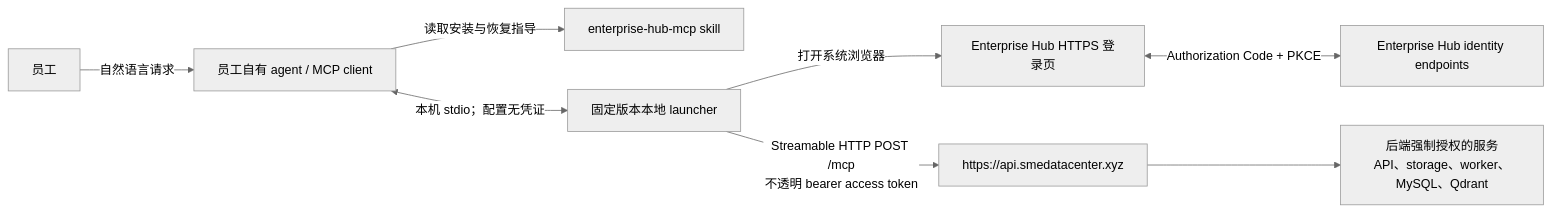
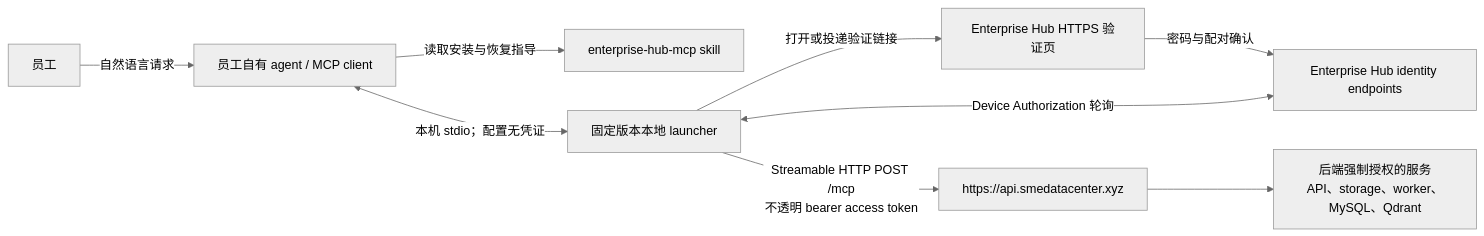
Before and after one commit to YinXiaoyu-1998/SME_DATA_CENTER: the first of 2 diagrams in docs/implementation/mcp-user-flow.zh.md, drawn with Mermaid (neutral theme). The commit also changed other lines of this file and 13 other files, not shown here.

````diff
--- a/docs/implementation/mcp-user-flow.zh.md
+++ b/docs/implementation/mcp-user-flow.zh.md
@@ -16,10 +16,11 @@
 ```mermaid
 flowchart LR
   Employee["员工"] -->|"自然语言请求"| Agent["员工自有 agent / MCP client"]
   Agent -->|"读取安装与恢复指导"| Skill["enterprise-hub-mcp skill"]
   Agent <-->|"本机 stdio；配置无凭证"| Launcher["固定版本本地 launcher"]
-  Launcher -->|"打开系统浏览器"| Browser["Enterprise Hub HTTPS 登录页"]
-  Browser <-->|"Authorization Code + PKCE"| Auth["Enterprise Hub identity endpoints"]
+  Launcher -->|"打开或投递验证链接"| Browser["Enterprise Hub HTTPS 验证页"]
+  Browser -->|"密码与配对确认"| Auth["Enterprise Hub identity endpoints"]
+  Launcher <-->|"Device Authorization 轮询"| Auth
   Launcher -->|"Streamable HTTP POST /mcp\n不透明 bearer access token"| Api["https://api.smedatacenter.xyz"]
   Api --> Data["后端强制授权的服务\nAPI、storage、worker、MySQL、Qdrant"]
 ```
````
